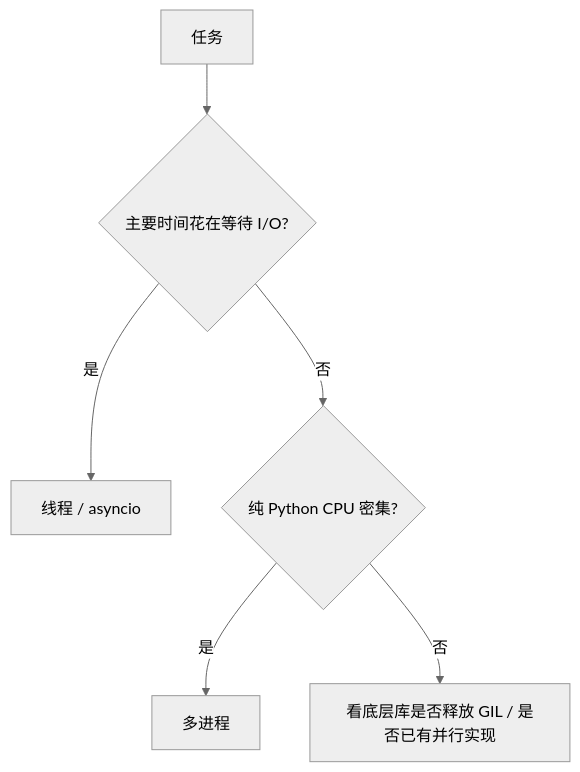
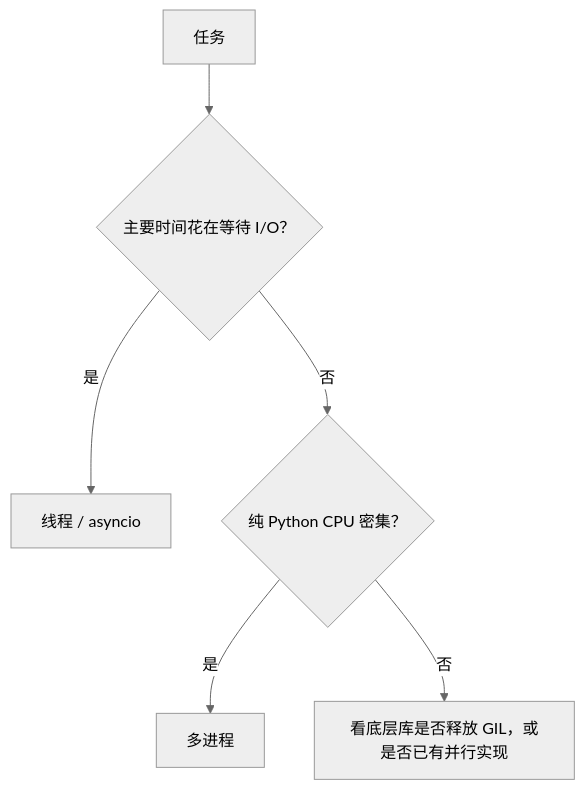
The fourth of 4 diagrams in review/10-内存管理-垃圾回收-GIL-图解与自测.md (studyzhige-ui/python-interview-handbook), drawn with Mermaid (neutral theme) before and after one commit. The commit also changed other lines of this file and 11 other files, not shown here.

First line of the commit message:
fix: repair Mermaid rendering across review chapters

````diff
--- a/review/10-内存管理-垃圾回收-GIL-图解与自测.md
+++ b/review/10-内存管理-垃圾回收-GIL-图解与自测.md
@@ -44,8 +44,8 @@
 ```mermaid
 flowchart TD
-    A[任务] --> B{主要时间花在等待 I/O?}
-    B -- 是 --> C[线程 / asyncio]
-    B -- 否 --> D{纯 Python CPU 密集?}
-    D -- 是 --> E[多进程]
-    D -- 否 --> F[看底层库是否释放 GIL / 是否已有并行实现]
+    A["任务"] --> B{"主要时间花在等待 I/O？"}
+    B -->|是| C["线程 / asyncio"]
+    B -->|否| D{"纯 Python CPU 密集？"}
+    D -->|是| E["多进程"]
+    D -->|否| F["看底层库是否释放 GIL，或是否已有并行实现"]
 ```
````
